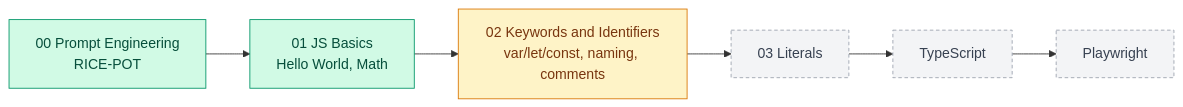
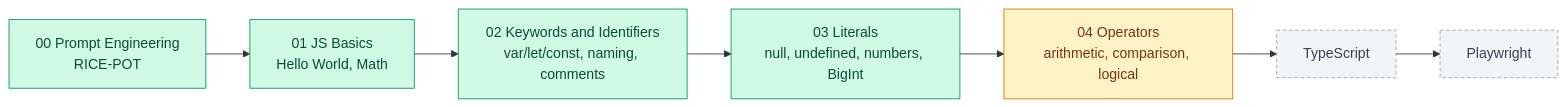
One commit to PramodDutta/LearnJSTSPlaywright4x changed the first of 21 diagrams in README.md. Above: the diagram before and after it, drawn with Mermaid. The commit also changed other lines of this file and 16 other files, not shown here.

First line of the commit message:
feat: add chapter 03 literals and 04 operators

````diff
--- a/README.md
+++ b/README.md
@@ -35,12 +48,13 @@
 ```mermaid
 flowchart LR
     C0["00 Prompt Engineering<br/>RICE-POT"]:::done --> C1["01 JS Basics<br/>Hello World, Math"]:::done
-    C1 --> C2["02 Keywords and Identifiers<br/>var/let/const, naming, comments"]:::progress
-    C2 --> C3["03 Literals"]:::planned
-    C3 --> TS["TypeScript"]:::planned
+    C1 --> C2["02 Keywords and Identifiers<br/>var/let/const, naming, comments"]:::done
+    C2 --> C3["03 Literals<br/>null, undefined, numbers, BigInt"]:::done
+    C3 --> C4["04 Operators<br/>arithmetic, comparison, logical"]:::progress
+    C4 --> TS["TypeScript"]:::planned
     TS --> PW["Playwright"]:::planned
 
     classDef done fill:#d1fae5,stroke:#059669,color:#064e3b
     classDef progress fill:#fef3c7,stroke:#d97706,color:#78350f
     classDef planned fill:#f3f4f6,stroke:#9ca3af,color:#374151,stroke-dasharray: 4 3
 ```
````
